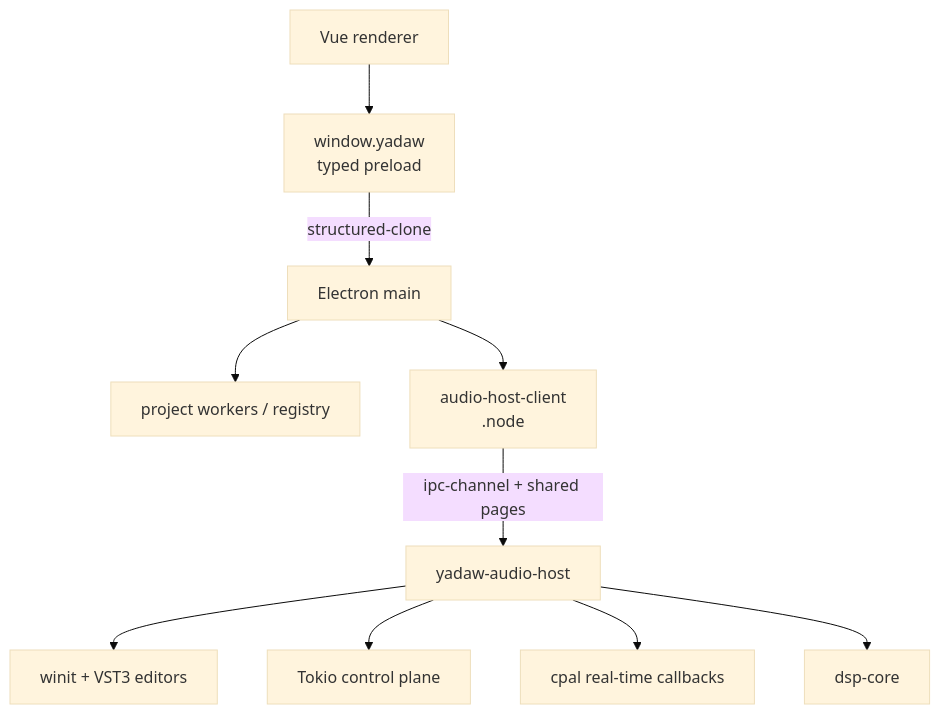
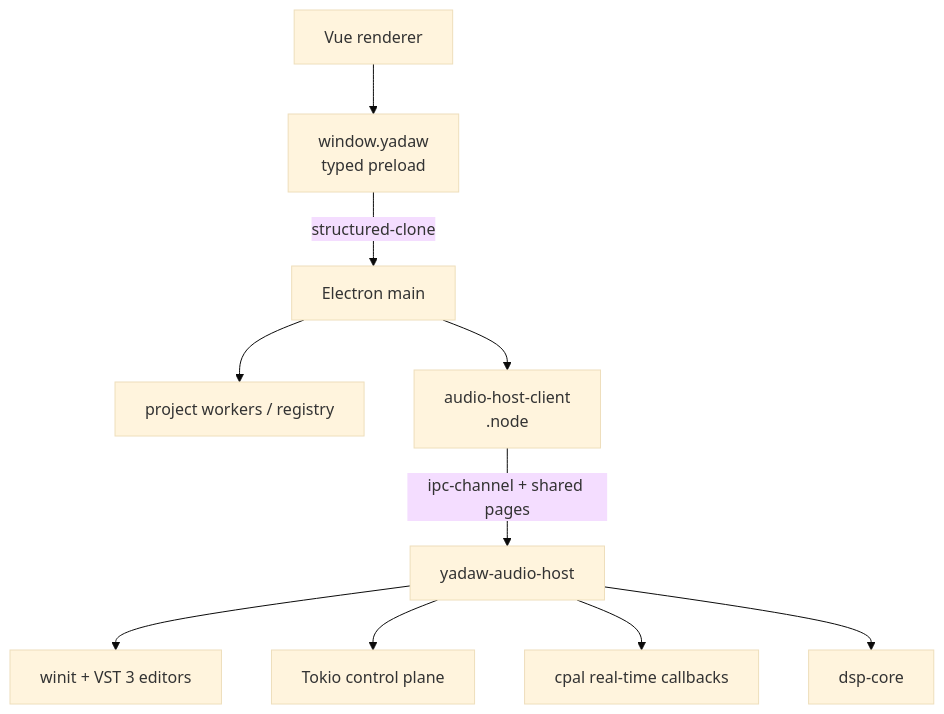
Before and after one commit to dsh0416/yadaw: the diagram in docs/content/blog/2026-08-02-multi-process-design.md, drawn with Mermaid (base theme). The commit also changed other lines of this file and 52 other files, not shown here.

````diff
--- a/docs/content/blog/2026-08-02-multi-process-design.md
+++ b/docs/content/blog/2026-08-02-multi-process-design.md
@@ -32,23 +33,23 @@
 ```mermaid
 flowchart TB
   renderer["Vue renderer"]
   preload["window.yadaw<br/>typed preload"]
   main["Electron main"]
   workers["project workers / registry"]
   client["audio-host-client<br/>.node"]
   host["yadaw-audio-host"]
-  editors["winit + VST3 editors"]
+  editors["winit + VST 3 editors"]
   tokio["Tokio control plane"]
   cpal["cpal real-time callbacks"]
   dsp["dsp-core"]
 
   renderer --> preload
   preload -->|"structured-clone"| main
   main --> workers
   main --> client
   client -->|"ipc-channel + shared pages"| host
   host --> editors
   host --> tokio
   host --> cpal
   host --> dsp
 ```
````
